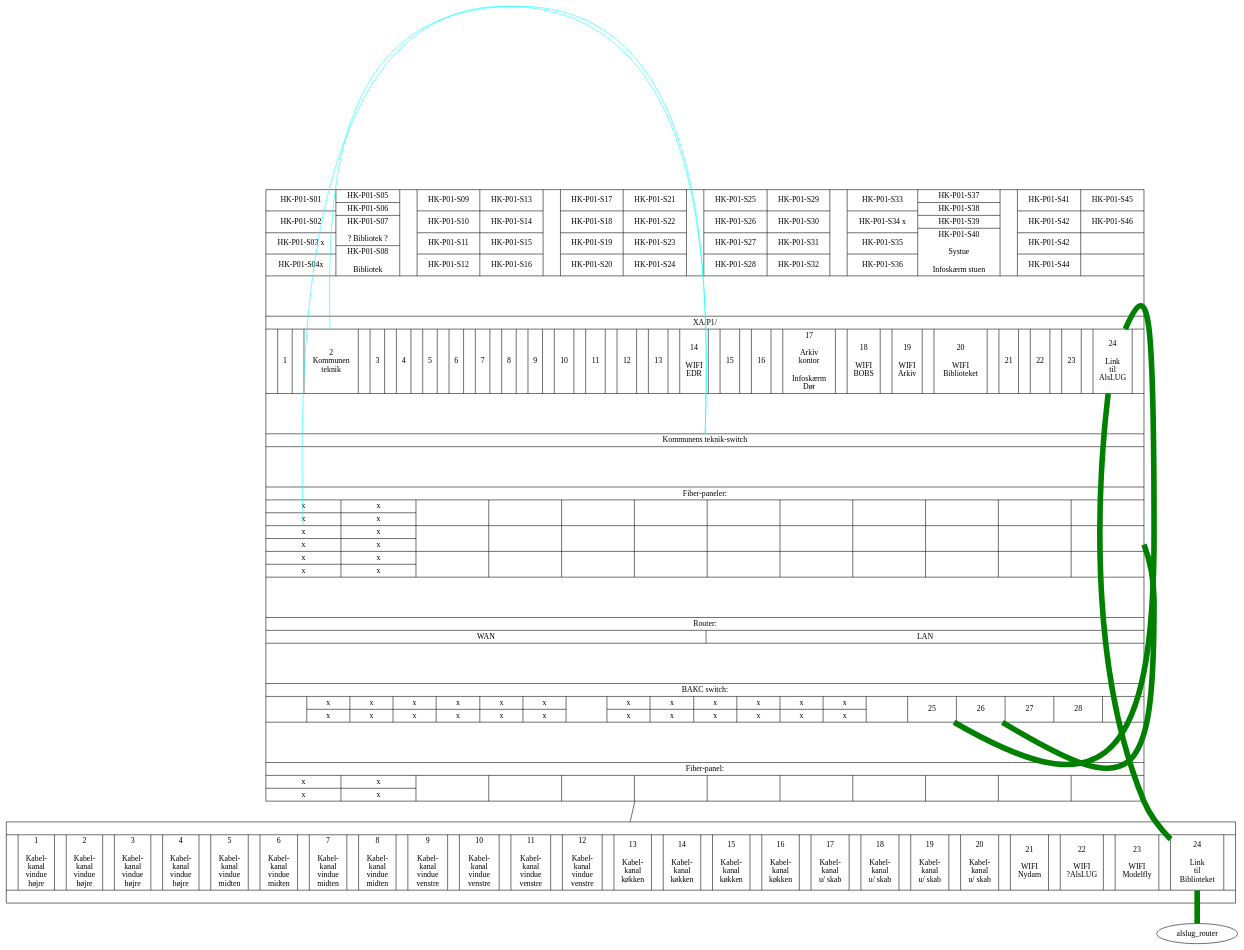
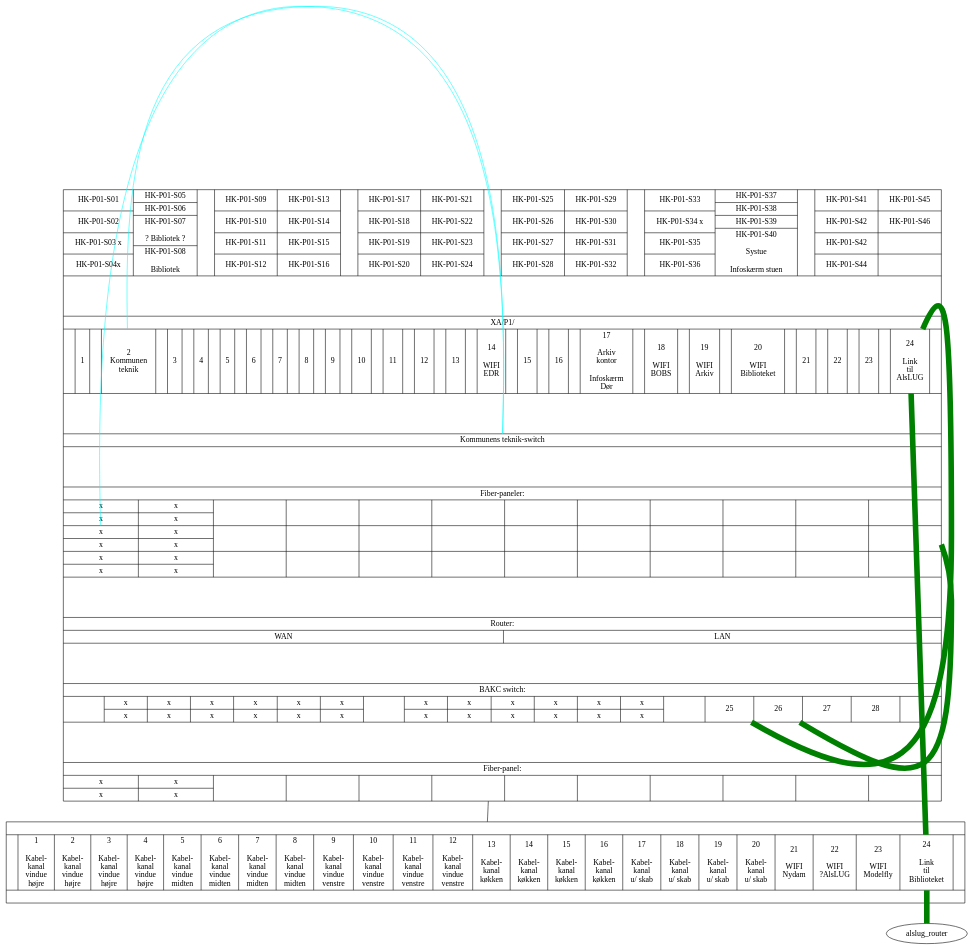
Before and after one commit to alslug/alslug.dk: the diagram in projekter/patch-paneler.dot, drawn with Graphviz.

```diff
--- a/projekter/patch-paneler.dot
+++ b/projekter/patch-paneler.dot
@@ -146,51 +146,51 @@
   alslug_patch [ shape=record label="{
 					|{|
 						<1> 1 \n\nKabel-\nkanal\nvindue\nhøjre
-					||
+					|
 						<2> 2 \n\nKabel-\nkanal\nvindue\nhøjre
-					||
+					|
 						<3> 3 \n\nKabel-\nkanal\nvindue\nhøjre
-					||
+					|
 						<4> 4 \n\nKabel-\nkanal\nvindue\nhøjre
-					||
+					|
 						<5> 5 \n\nKabel-\nkanal\nvindue\nmidten
-					||
+					|
 						<6> 6 \n\nKabel-\nkanal\nvindue\nmidten
-					||
+					|
 						<7> 7 \n\nKabel-\nkanal\nvindue\nmidten
-					||
+					|
 						<8> 8 \n\nKabel-\nkanal\nvindue\nmidten
-					||
+					|
 						<9> 9 \n\nKabel-\nkanal\nvindue\nvenstre
-					||
+					|
 						<10> 10 \n\nKabel-\nkanal\nvindue\nvenstre
-					||
+					|
 						<11> 11 \n\nKabel-\nkanal\nvindue\nvenstre
-					||
+					|
 						<12> 12 \n\nKabel-\nkanal\nvindue\nvenstre
-					||
+					|
 						<13> 13 \n\nKabel-\nkanal\nkøkken
-					||
+					|
 						<14> 14 \n\nKabel-\nkanal\nkøkken
-					||
+					|
 						<15> 15 \n\nKabel-\nkanal\nkøkken
-					||
+					|
 						<16> 16 \n\nKabel-\nkanal\nkøkken
-					||
+					|
 						<17> 17 \n\nKabel-\nkanal\nu/ skab
-					||
+					|
 						<18> 18 \n\nKabel-\nkanal\nu/ skab
-					||
+					|
 						<19> 19 \n\nKabel-\nkanal\nu/ skab
-					||
+					|
 						<20> 20 \n\nKabel-\nkanal\nu/ skab
-					||
+					|
 						<21> 21 \n\nWIFI\nNydam
-					||
+					|
 						<22> 22 \n\nWIFI\n?AlsLUG
-					||
+					|
 						<23> 23 \n\nWIFI\nModelfly
-					||
+					|
 						<24> 24 \n\nLink\ntil\nBiblioteket
 					|}|
                                       }" ];
```
